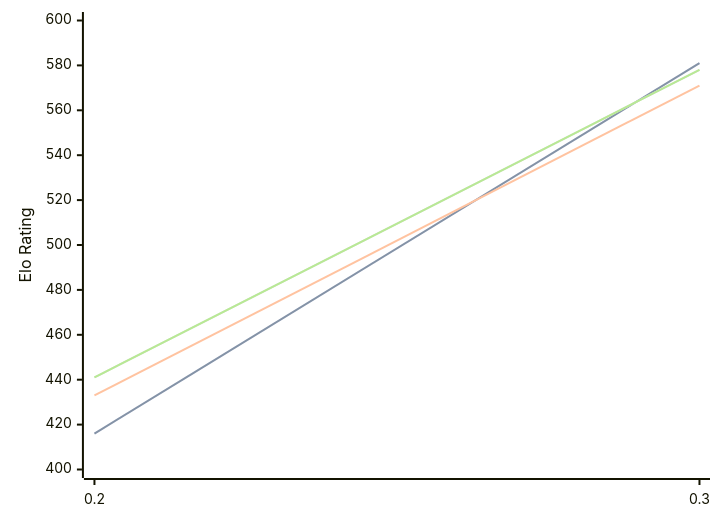
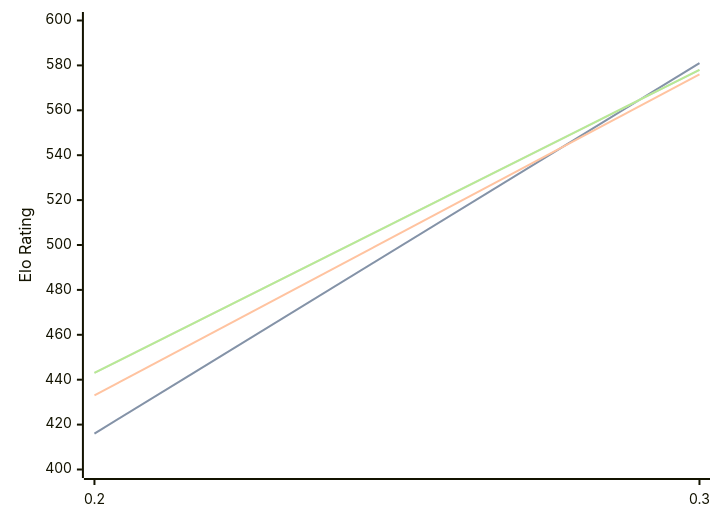
The diagram in engines/Magpie.md (computer-chess-index/cci), drawn with Mermaid before and after one commit. The commit also changed other lines of this file, not shown here.

Commit message:
Update CCI Ratings (ELO VLTC) - 2026-08-26

````diff
--- a/engines/Magpie.md
+++ b/engines/Magpie.md
@@ -32,11 +32,11 @@
 ```mermaid
 %%{init: {"theme":"base","themeVariables":{"seriesColors:['#a3a3a3','#222221','#faa371']}}}%%
 xychart-beta
   x-axis ["0.2", "0.3"]
   y-axis "Elo Rating" 400 --> 600
   line "STC (8.0+0.08s)" [416, 581]
   line "STC (8.0+0.08s)" [416, 581]
-  line "LTC (60.0+0.60s)" [433, 571]
-  line "VLTC (2m24s+1.12s)" [441, 578]
-  line "VLTC (2m24s+1.12s)" [441, 578]
+  line "LTC (60.0+0.60s)" [433, 576]
+  line "VLTC (2m24s+1.12s)" [443, 578]
+  line "VLTC (2m24s+1.12s)" [443, 578]
 ```
````
